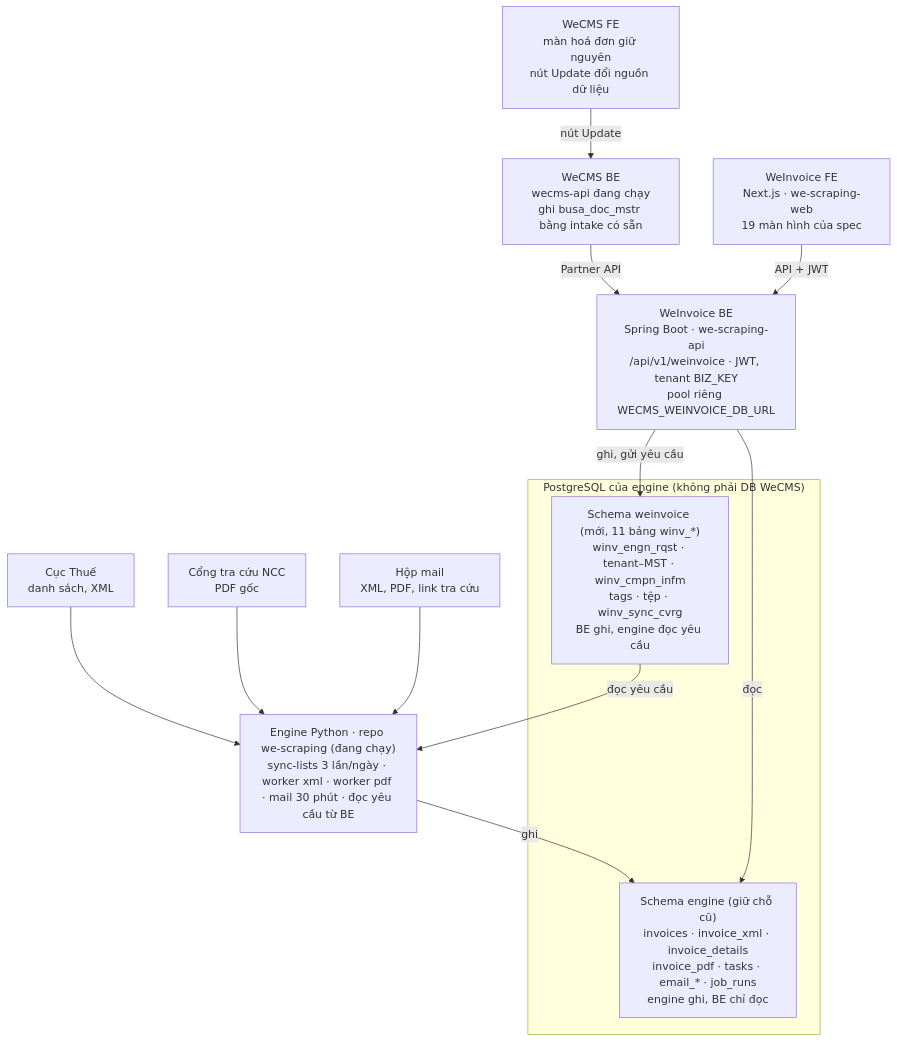
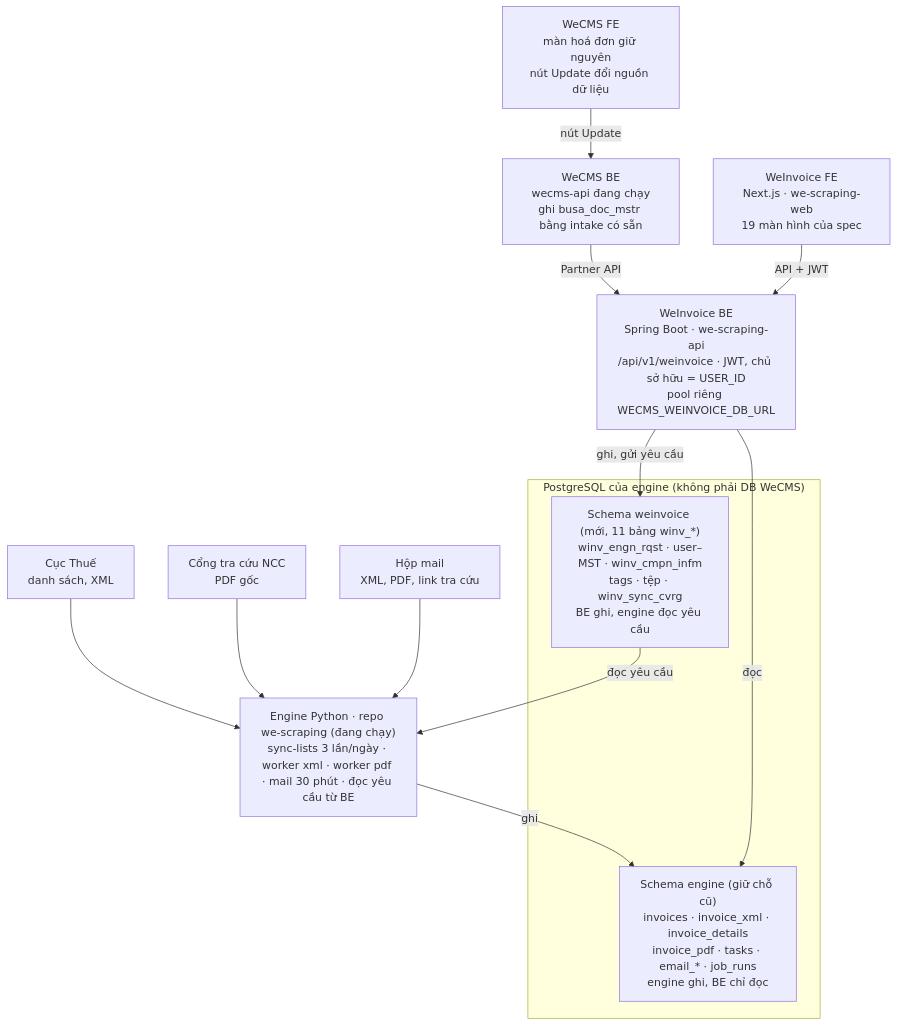
One commit to wetaxsetting/we-scraping-api changed the diagram in docs/features/addon-service/weinvoice/weinvoice-api-and-data-2026-11-02.md. Above: the diagram before and after it, drawn with Mermaid. The commit also changed other lines of this file and 46 other files, not shown here.

````diff
--- a/docs/features/addon-service/weinvoice/weinvoice-api-and-data-2026-11-02.md
+++ b/docs/features/addon-service/weinvoice/weinvoice-api-and-data-2026-11-02.md
@@ -41,19 +41,19 @@
 ```mermaid
 flowchart TB
     gdt["Cục Thuế<br/>danh sách, XML"] --> engine
     ncc["Cổng tra cứu NCC<br/>PDF gốc"] --> engine
     mail["Hộp mail<br/>XML, PDF, link tra cứu"] --> engine
     engine["Engine Python · repo we-scraping (đang chạy)<br/>sync-lists 3 lần/ngày · worker xml · worker pdf · mail 30 phút · đọc yêu cầu từ BE"]
     subgraph pg["PostgreSQL của engine (không phải DB WeCMS)"]
         se["Schema engine (giữ chỗ cũ)<br/>invoices · invoice_xml · invoice_details<br/>invoice_pdf · tasks · email_* · job_runs<br/>engine ghi, BE chỉ đọc"]
-        sw["Schema weinvoice (mới, 11 bảng winv_*)<br/>winv_engn_rqst · tenant–MST · winv_cmpn_infm<br/>tags · tệp · winv_sync_cvrg<br/>BE ghi, engine đọc yêu cầu"]
+        sw["Schema weinvoice (mới, 11 bảng winv_*)<br/>winv_engn_rqst · user–MST · winv_cmpn_infm<br/>tags · tệp · winv_sync_cvrg<br/>BE ghi, engine đọc yêu cầu"]
     end
     engine -->|"ghi"| se
     sw -->|"đọc yêu cầu"| engine
-    be["WeInvoice BE<br/>Spring Boot · we-scraping-api<br/>/api/v1/weinvoice · JWT, tenant BIZ_KEY<br/>pool riêng WECMS_WEINVOICE_DB_URL"]
+    be["WeInvoice BE<br/>Spring Boot · we-scraping-api<br/>/api/v1/weinvoice · JWT, chủ sở hữu = USER_ID<br/>pool riêng WECMS_WEINVOICE_DB_URL"]
     be -->|"đọc"| se
     be -->|"ghi, gửi yêu cầu"| sw
     wecmsbe["WeCMS BE<br/>wecms-api đang chạy<br/>ghi busa_doc_mstr bằng intake có sẵn"] -->|"Partner API"| be
     fe["WeInvoice FE<br/>Next.js · we-scraping-web<br/>19 màn hình của spec"] -->|"API + JWT"| be
     wecmsfe["WeCMS FE<br/>màn hoá đơn giữ nguyên<br/>nút Update đổi nguồn dữ liệu"] -->|"nút Update"| wecmsbe
 ```
````
